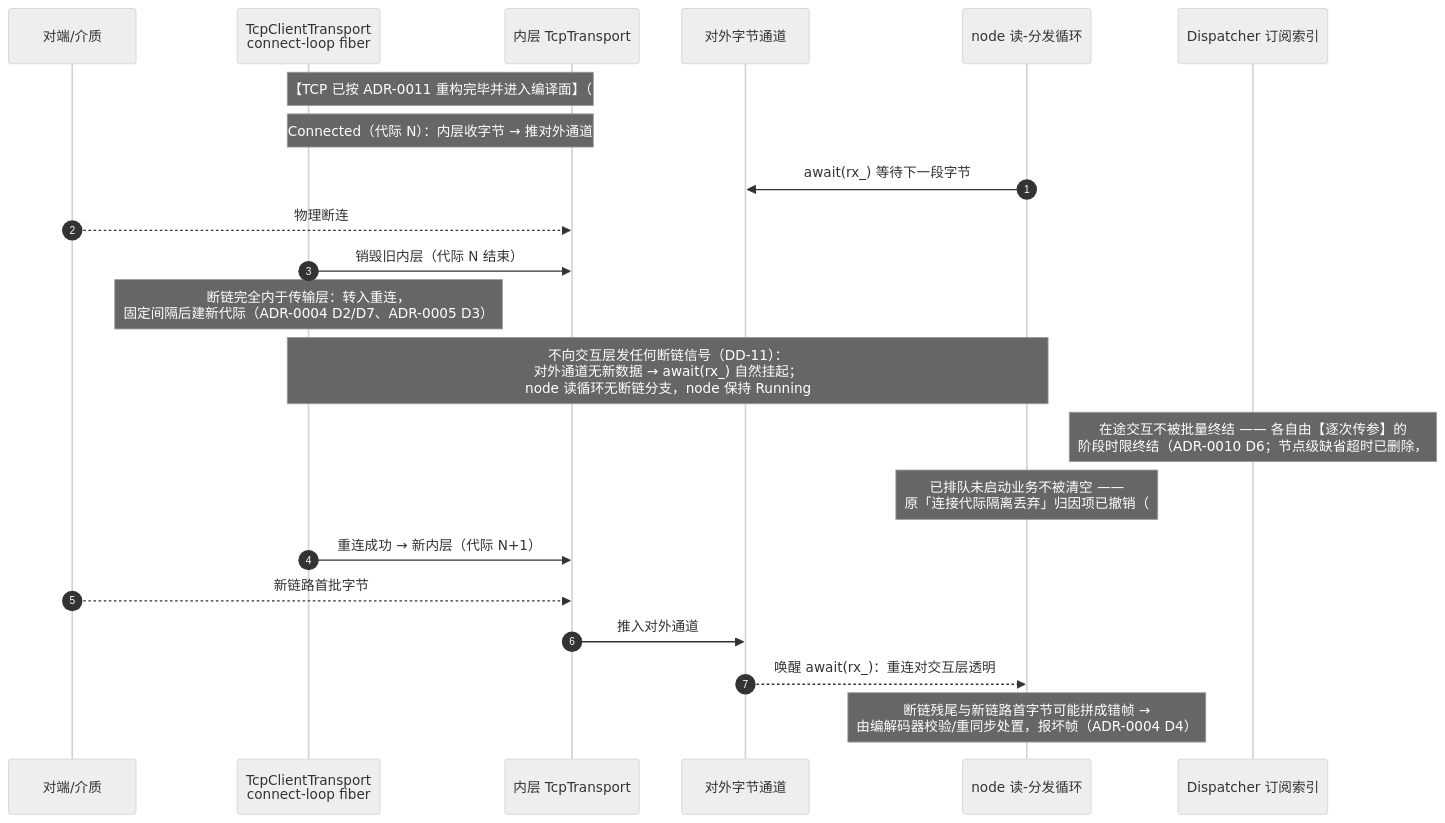
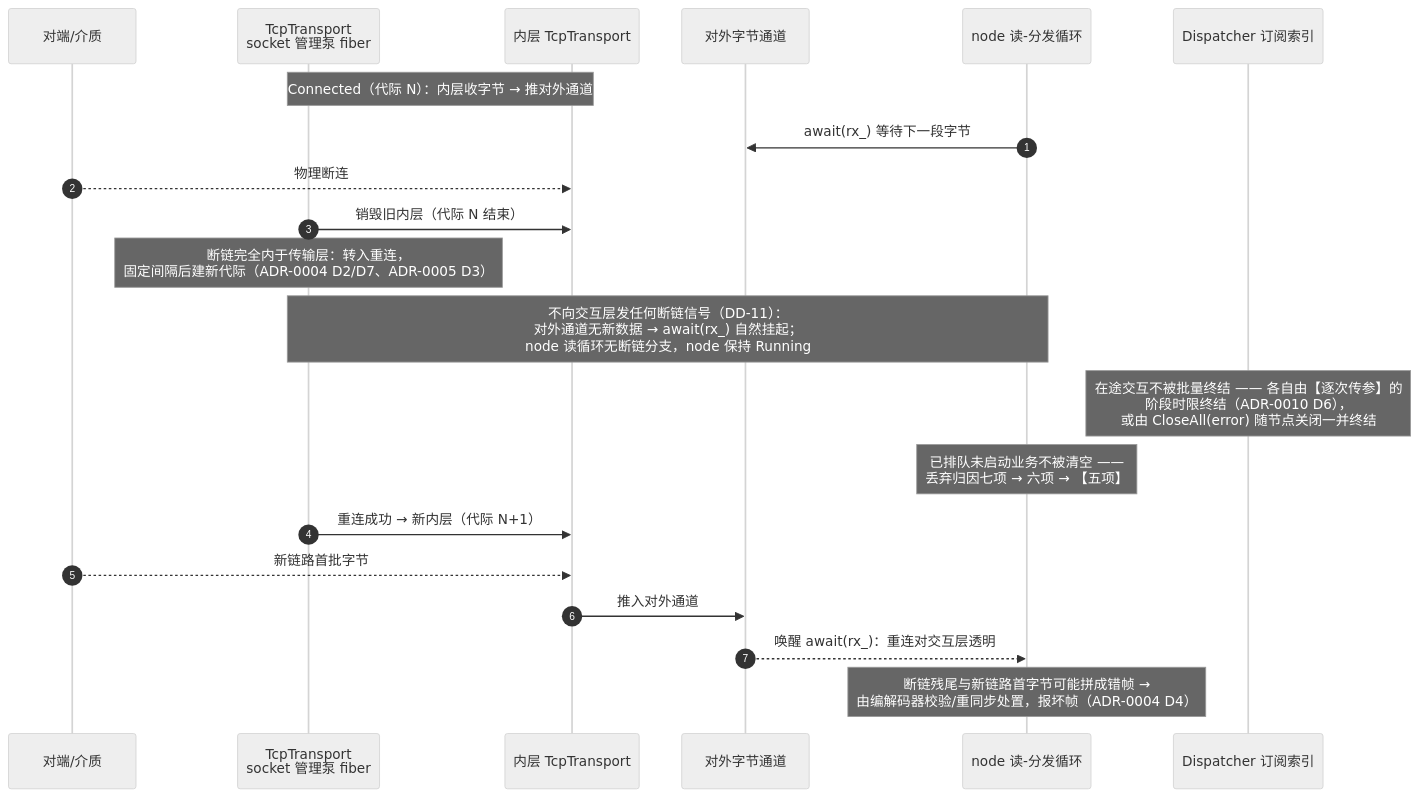
The diagram in docs/diagrams/seq-link-down.mmd (Ste7an-cs/Transport), drawn with Mermaid (neutral theme) before and after one commit. The commit also changed 13 other files, not shown here.

First line of the commit message:
docs(图): 七张图清除历史标注与已删组件,图 4-1 起

```diff
--- a/docs/diagrams/seq-link-down.mmd
+++ b/docs/diagrams/seq-link-down.mmd
@@ -1,26 +1,25 @@
 sequenceDiagram
     autonumber
     participant PEER as 对端/介质
-    participant CL as TcpClientTransport<br/>connect-loop fiber
+    participant CL as TcpTransport<br/>socket 管理泵 fiber
     participant IN as 内层 TcpTransport
     participant CH as 对外字节通道
     participant RD as node 读-分发循环
     participant P as Dispatcher 订阅索引
 
-    Note over CL,IN: 【TCP 已按 ADR-0011 重构完毕并进入编译面】（#179/#180/#181）。<br/>本图画的是断链处置【决策】（DD-11），仍然成立；<br/>但图中的 TcpClientTransport/内层 TcpTransport 两层结构已随 D1 合并为一个 TcpTransport，<br/>泵形态见图 4-15。本图待随之重绘。
     Note over CL,IN: Connected（代际 N）：内层收字节 → 推对外通道
     RD->>CH: await(rx_) 等待下一段字节
 
     PEER-->>IN: 物理断连
     CL->>IN: 销毁旧内层（代际 N 结束）
     Note over CL: 断链完全内于传输层：转入重连，<br/>固定间隔后建新代际（ADR-0004 D2/D7、ADR-0005 D3）
     Note over CL,RD: 不向交互层发任何断链信号（DD-11）：<br/>对外通道无新数据 → await(rx_) 自然挂起；<br/>node 读循环无断链分支，node 保持 Running
 
-    Note over P: 在途交互不被批量终结 —— 各自由【逐次传参】的<br/>阶段时限终结（ADR-0010 D6；节点级缺省超时已删除，#173），<br/>或由 CloseAll(error) 随节点关闭一并终结
-    Note over RD: 已排队未启动业务不被清空 ——<br/>原「连接代际隔离丢弃」归因项已撤销（#112），<br/>其后「无 handler」归因亦随 handler 通道废止而删除（#163）：<br/>丢弃归因七项 → 六项 → 【五项】
+    Note over P: 在途交互不被批量终结 —— 各自由【逐次传参】的<br/>阶段时限终结（ADR-0010 D6），<br/>或由 CloseAll(error) 随节点关闭一并终结
+    Note over RD: 已排队未启动业务不被清空 ——<br/>丢弃归因七项 → 六项 → 【五项】
 
     CL->>IN: 重连成功 → 新内层（代际 N+1）
     PEER-->>IN: 新链路首批字节
     IN->>CH: 推入对外通道
     CH-->>RD: 唤醒 await(rx_)：重连对交互层透明
     Note over RD: 断链残尾与新链路首字节可能拼成错帧 →<br/>由编解码器校验/重同步处置，报坏帧（ADR-0004 D4）
```
